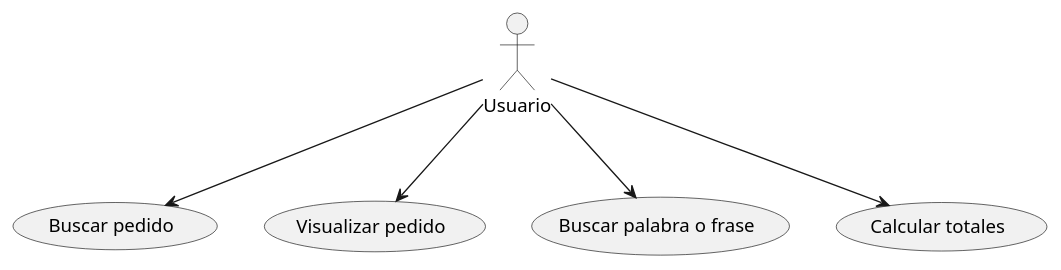
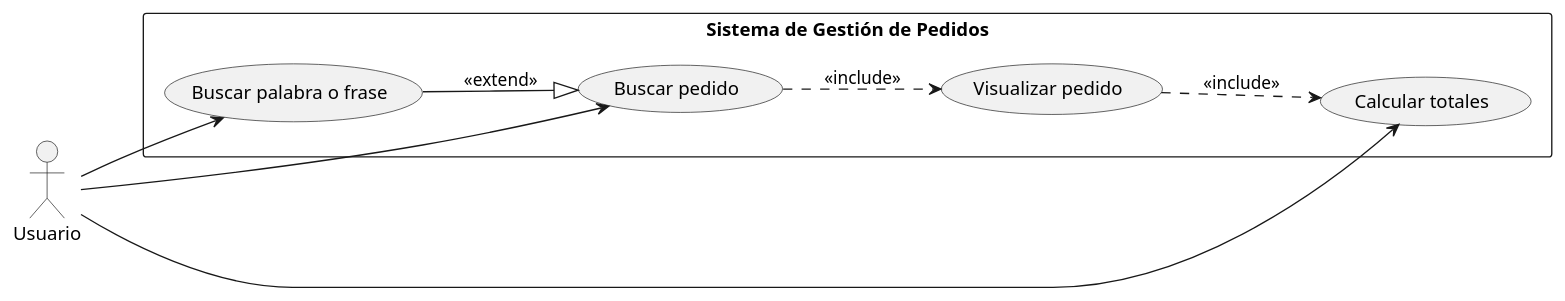
The diagram in src/main/resources/images/plantuml/DiagramaDeCasos.puml (AlejandroRodasSamblasUniversidadEuropea/alejandro-rodas), drawn with PlantUML before and after one commit. The commit also changed other lines of this file and 3 other files, not shown here.

```diff
--- a/src/main/resources/images/plantuml/DiagramaDeCasos.puml
+++ b/src/main/resources/images/plantuml/DiagramaDeCasos.puml
@@ -6,14 +1,20 @@
-@startuml
-actor Usuario
+@startuml CasosDeUsoPedidos
+left to right direction
+actor "Usuario" as U
 
-usecase "Buscar pedido" as UC1
-usecase "Visualizar pedido" as UC2
-usecase "Buscar palabra o frase" as UC3
-usecase "Calcular totales" as UC4
+rectangle "Sistema de Gestión de Pedidos" {
+  usecase "Buscar pedido" as UC1
+  usecase "Visualizar pedido" as UC2
+  usecase "Buscar palabra o frase" as UC3
+  usecase "Calcular totales" as UC4
 
-Usuario --> UC1
-Usuario --> UC2
-Usuario --> UC3
-Usuario --> UC4
 
+  UC1 ..> UC2 : <<include>>
+  UC2 ..> UC4 : <<include>>
+  UC3 --|> UC1 : <<extend>>
+}
+
+U --> UC1
+U --> UC3
+U --> UC4
 @enduml
```
